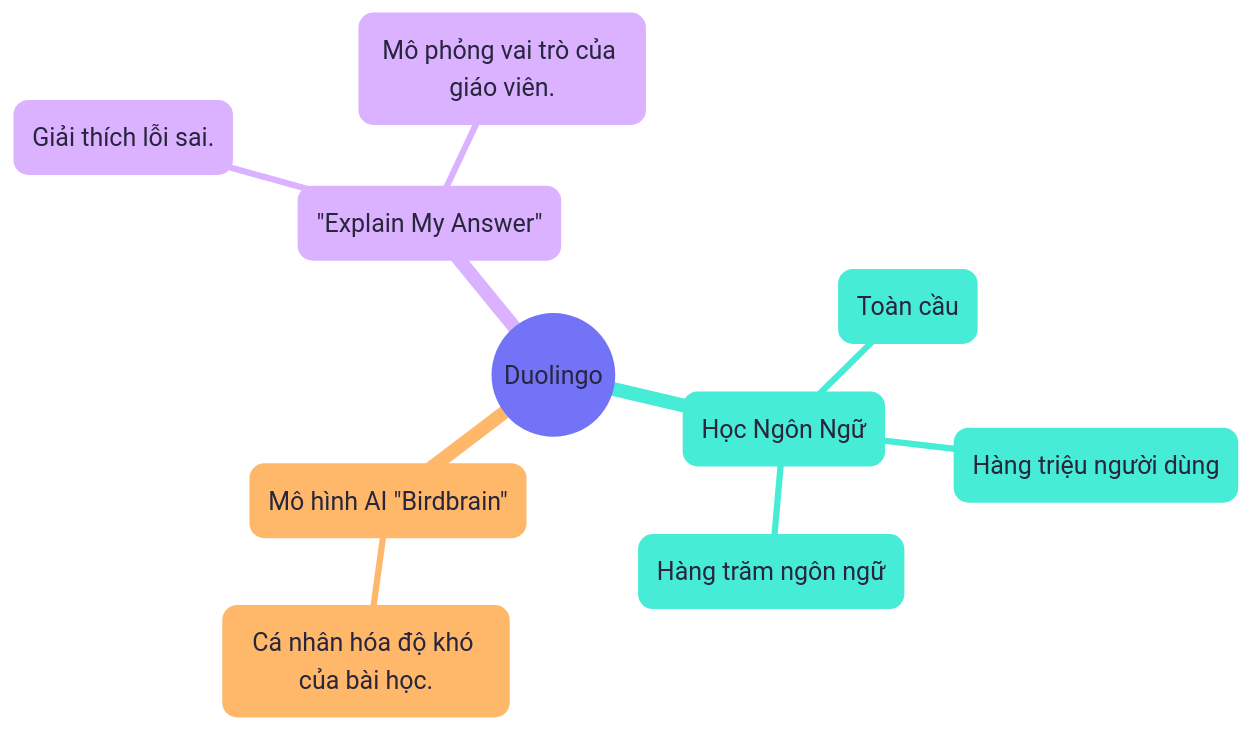
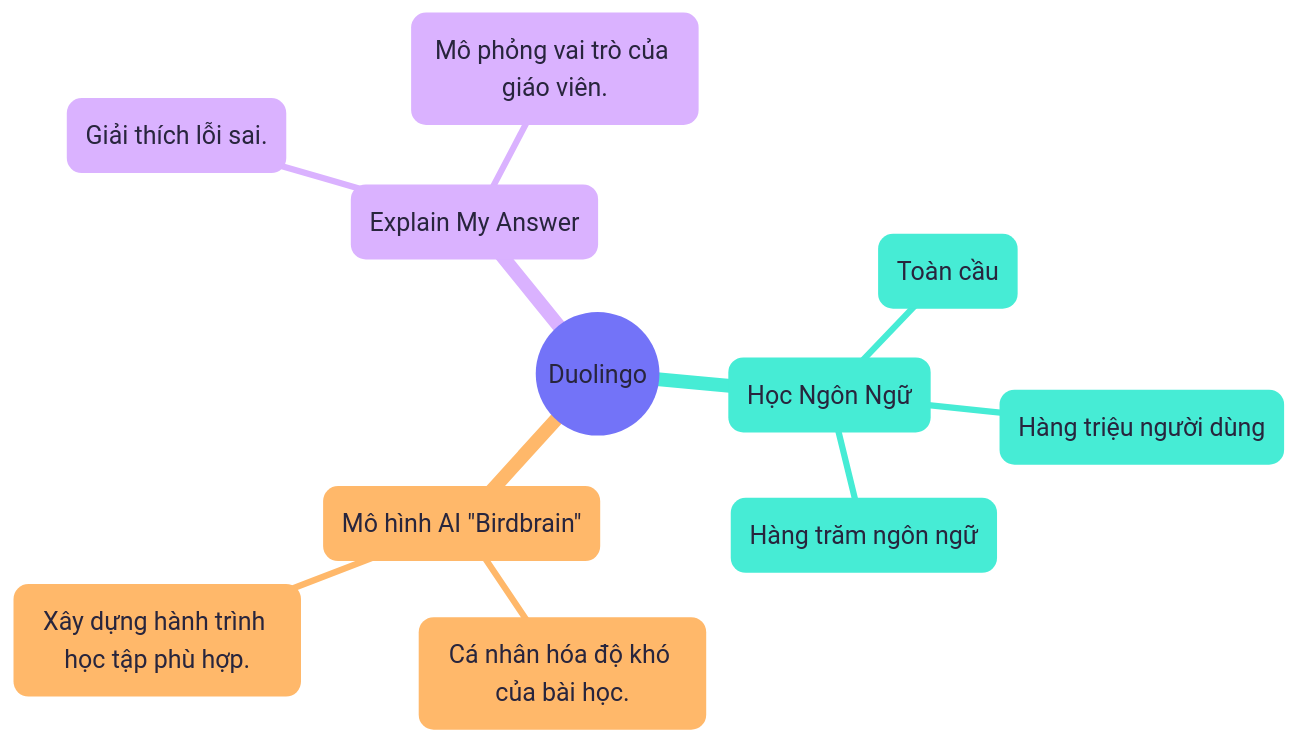
Before and after one commit to sam-uit/typst-report-template: the diagram in content/diagrams/chapter02-duolingo.mmd, drawn with Mermaid.

```diff
--- a/content/diagrams/chapter02-duolingo.mmd
+++ b/content/diagrams/chapter02-duolingo.mmd
@@ -1,18 +1,19 @@
 ---
 config:
   theme: redux-color
   themeVariables:
     fontFamily: Google Sans
     fontSize: 20px
 ---
 mindmap
   root(("Duolingo"))
     ("Học Ngôn Ngữ")
       Toàn cầu
       Hàng triệu người dùng
       Hàng trăm ngôn ngữ
-    ("Mô hình AI #quot;Birdbrain#quot;")
+    (Mô hình AI "Birdbrain")
       Cá nhân hóa độ khó của bài học.
-    ("#quot;Explain My Answer#quot;")
+      Xây dựng hành trình học tập phù hợp.
+    ("Explain My Answer")
       Giải thích lỗi sai.
       Mô phỏng vai trò của giáo viên.
```
